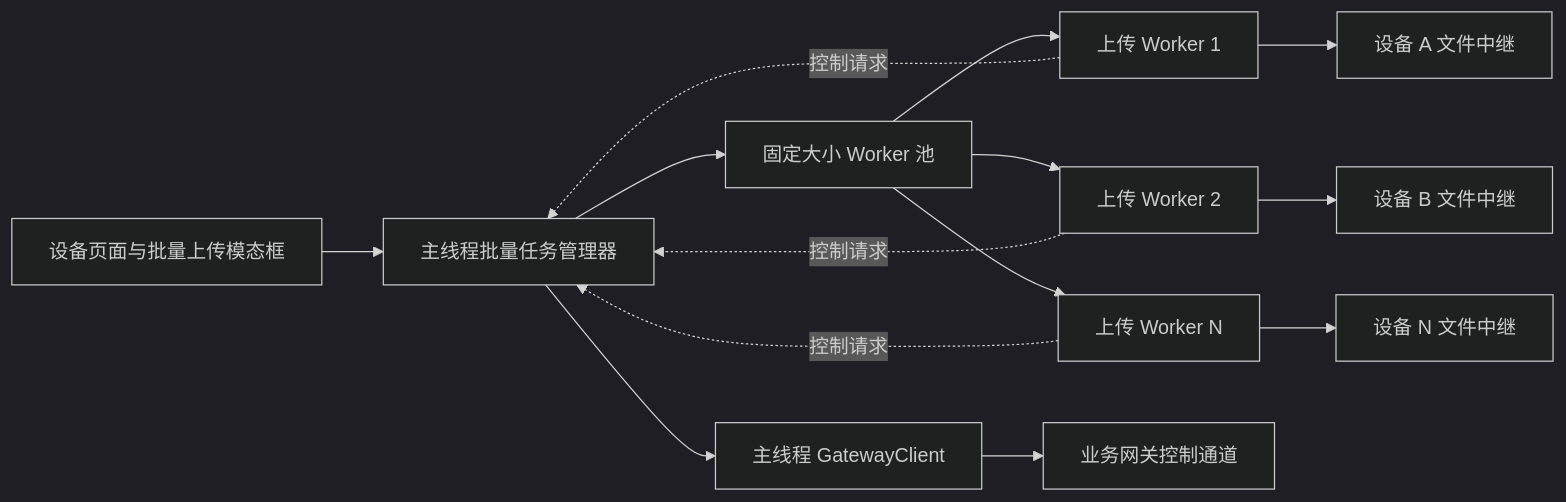
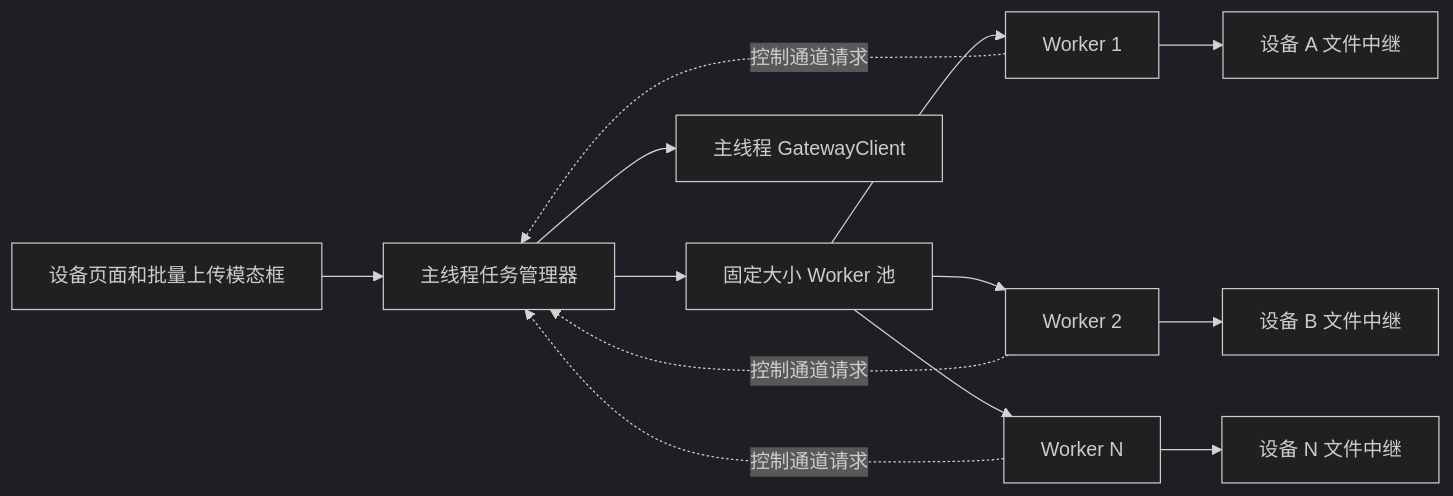
Before and after one commit to XiaoLop/nodexa-rmm: the first of 2 diagrams in docs/plan/batch-file-upload.md, drawn with Mermaid (dark theme). The commit also changed other lines of this file and 16 other files, not shown here.

````diff
--- a/docs/plan/batch-file-upload.md
+++ b/docs/plan/batch-file-upload.md
@@ -44,16 +24,15 @@
 ```mermaid
 flowchart LR
-    UI[设备页面与批量上传模态框] --> Manager[主线程批量任务管理器]
+    UI[设备页面和批量上传模态框] --> Manager[主线程任务管理器]
     Manager --> Pool[固定大小 Worker 池]
-    Pool --> W1[上传 Worker 1]
-    Pool --> W2[上传 Worker 2]
-    Pool --> WN[上传 Worker N]
-    W1 --> R1[设备 A 文件中继]
-    W2 --> R2[设备 B 文件中继]
-    WN --> RN[设备 N 文件中继]
-    W1 -.控制请求.-> Manager
-    W2 -.控制请求.-> Manager
-    WN -.控制请求.-> Manager
+    Pool --> W1[Worker 1]
+    Pool --> W2[Worker 2]
+    Pool --> WN[Worker N]
+    W1 --> D1[设备 A 文件中继]
+    W2 --> D2[设备 B 文件中继]
+    WN --> DN[设备 N 文件中继]
+    W1 -.控制通道请求.-> Manager
+    W2 -.控制通道请求.-> Manager
+    WN -.控制通道请求.-> Manager
     Manager --> Gateway[主线程 GatewayClient]
-    Gateway --> Control[业务网关控制通道]
 ```
````
